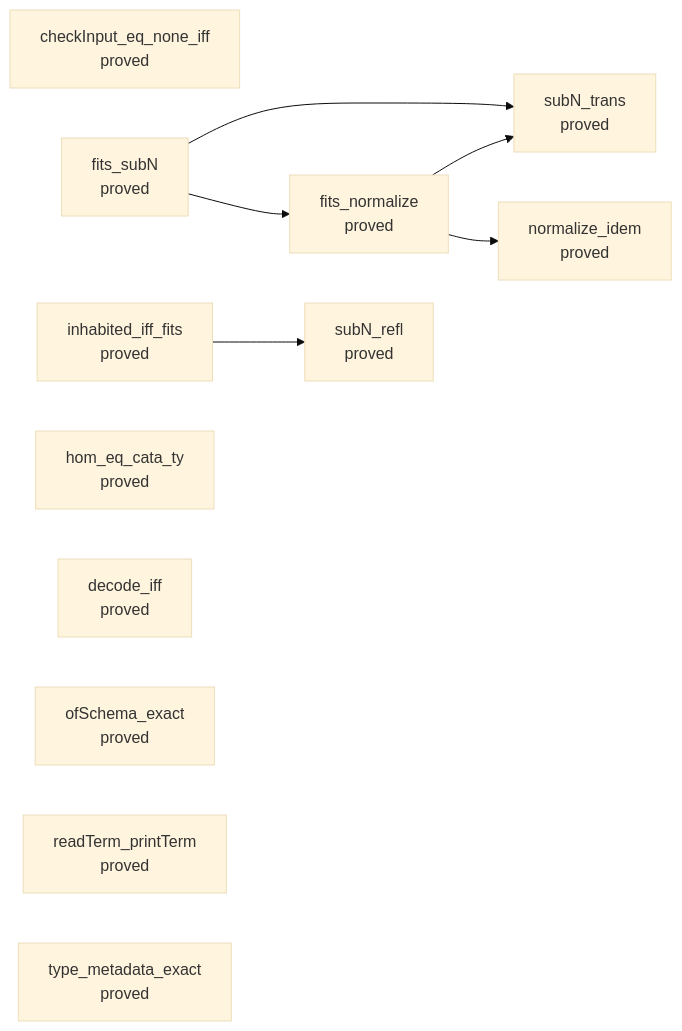
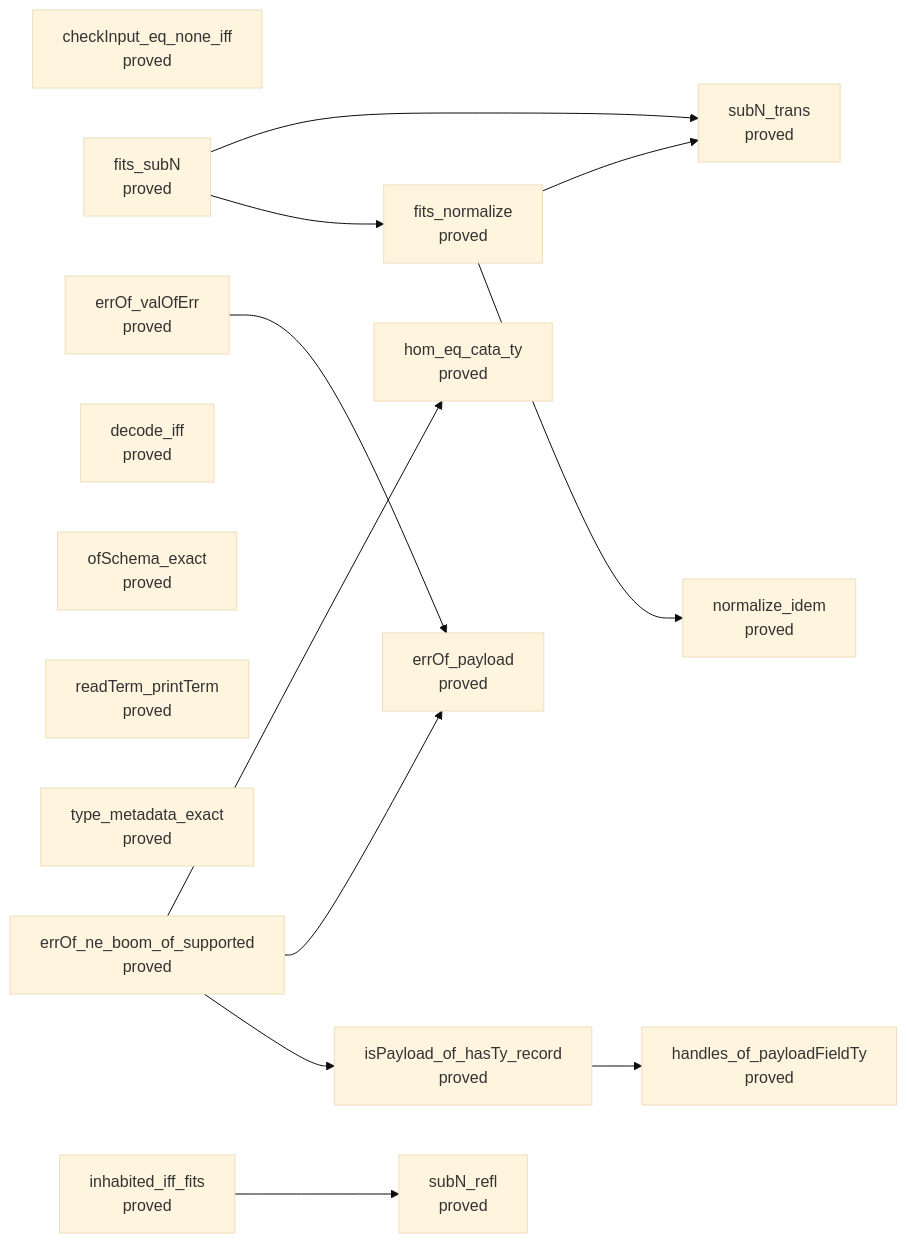
Before and after one commit to pure-algebra/lean4-effect4: the third of 13 diagrams in generated/semantics.md, drawn with Mermaid (base theme). The commit also changed other lines of this file and 3 other files, not shown here.

````diff
--- a/generated/semantics.md
+++ b/generated/semantics.md
@@ -1830,20 +1857,30 @@
 ```mermaid
 flowchart LR
   n0["checkInput_eq_none_iff<br/>proved"]
   n1["fits_normalize<br/>proved"]
   n2["fits_subN<br/>proved"]
   n3["inhabited_iff_fits<br/>proved"]
   n4["hom_eq_cata_ty<br/>proved"]
   n5["decode_iff<br/>proved"]
   n6["ofSchema_exact<br/>proved"]
   n7["readTerm_printTerm<br/>proved"]
   n8["type_metadata_exact<br/>proved"]
-  n9["subN_trans<br/>proved"]
-  n10["normalize_idem<br/>proved"]
-  n11["subN_refl<br/>proved"]
-  n1 --> n9
-  n1 --> n10
-  n2 --> n9
+  n9["errOf_valOfErr<br/>proved"]
+  n10["errOf_ne_boom_of_supported<br/>proved"]
+  n11["errOf_payload<br/>proved"]
+  n12["isPayload_of_hasTy_record<br/>proved"]
+  n13["subN_trans<br/>proved"]
+  n14["normalize_idem<br/>proved"]
+  n15["subN_refl<br/>proved"]
+  n16["handles_of_payloadFieldTy<br/>proved"]
+  n1 --> n13
+  n1 --> n14
+  n2 --> n13
   n2 --> n1
-  n3 --> n11
+  n3 --> n15
+  n9 --> n11
+  n10 --> n4
+  n10 --> n11
+  n10 --> n12
+  n12 --> n16
 ```
````
